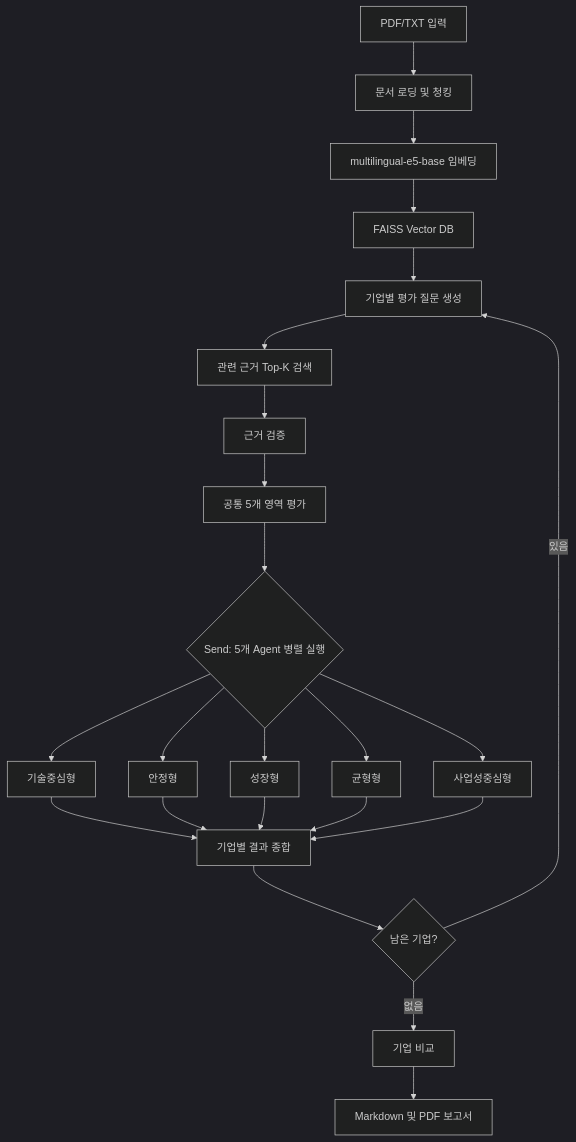
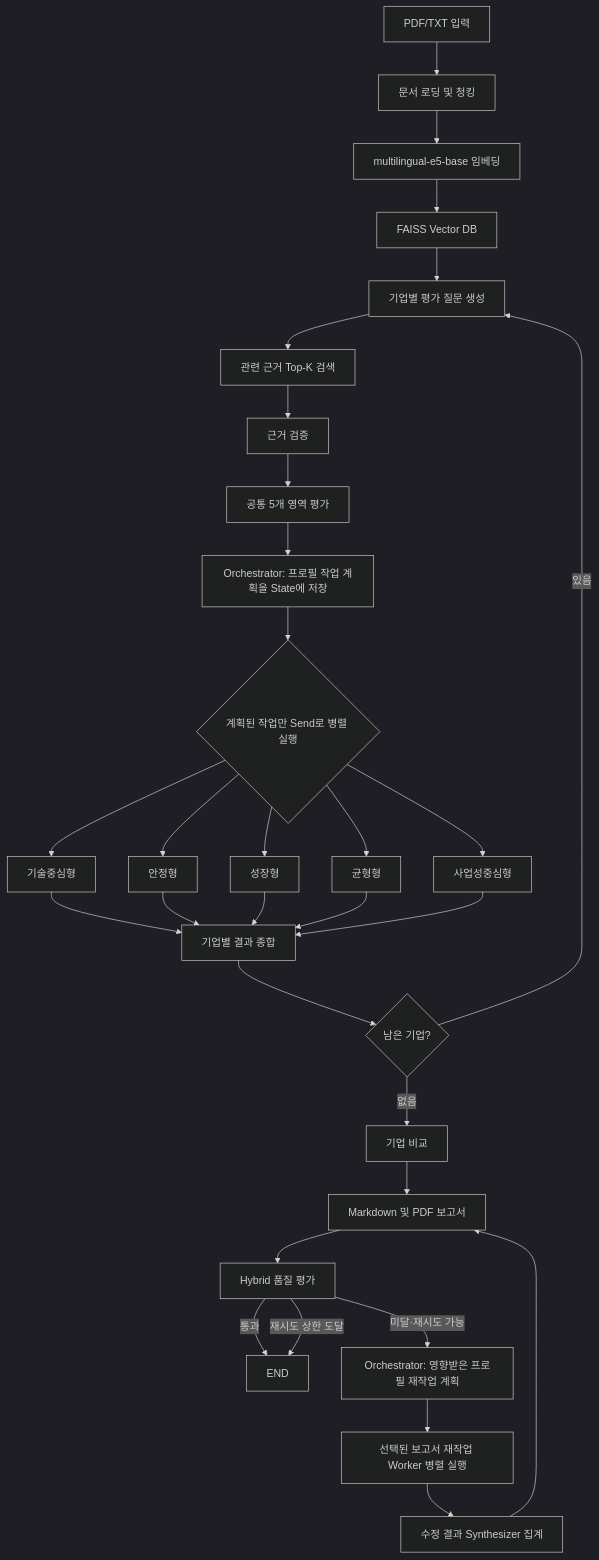
Before and after one commit to sumin-990416/Langchain_Skala_U3: the diagram in README.md, drawn with Mermaid (dark theme). The commit also changed other lines of this file and 1 other file, not shown here.

````diff
--- a/README.md
+++ b/README.md
@@ -84,25 +84,33 @@
 ```mermaid
 flowchart TD
     A[PDF/TXT 입력] --> B[문서 로딩 및 청킹]
     B --> C[multilingual-e5-base 임베딩]
     C --> D[FAISS Vector DB]
     D --> E[기업별 평가 질문 생성]
     E --> F[관련 근거 Top-K 검색]
     F --> G[근거 검증]
     G --> H[공통 5개 영역 평가]
-    H --> I{Send: 5개 Agent 병렬 실행}
-    I --> T[기술중심형]
-    I --> S[안정형]
-    I --> R[성장형]
-    I --> B2[균형형]
-    I --> M[사업성중심형]
-    T --> J[기업별 결과 종합]
-    S --> J
-    R --> J
-    B2 --> J
-    M --> J
-    J --> K{남은 기업?}
+    H --> O[Orchestrator: 프로필 작업 계획을 State에 저장]
+    O --> FAN{계획된 작업만 Send로 병렬 실행}
+    FAN --> T[기술중심형]
+    FAN --> S[안정형]
+    FAN --> R[성장형]
+    FAN --> B2[균형형]
+    FAN --> M[사업성중심형]
+    T --> SYN[기업별 결과 종합]
+    S --> SYN
+    R --> SYN
+    B2 --> SYN
+    M --> SYN
+    SYN --> K{남은 기업?}
     K -->|있음| E
     K -->|없음| L[기업 비교]
     L --> N[Markdown 및 PDF 보고서]
+    N --> Q[Hybrid 품질 평가]
+    Q -->|통과| Z[END]
+    Q -->|미달·재시도 가능| RP[Orchestrator: 영향받은 프로필 재작업 계획]
+    RP --> RW[선택된 보고서 재작업 Worker 병렬 실행]
+    RW --> RS[수정 결과 Synthesizer 집계]
+    RS --> N
+    Q -->|재시도 상한 도달| Z
 ```
````
